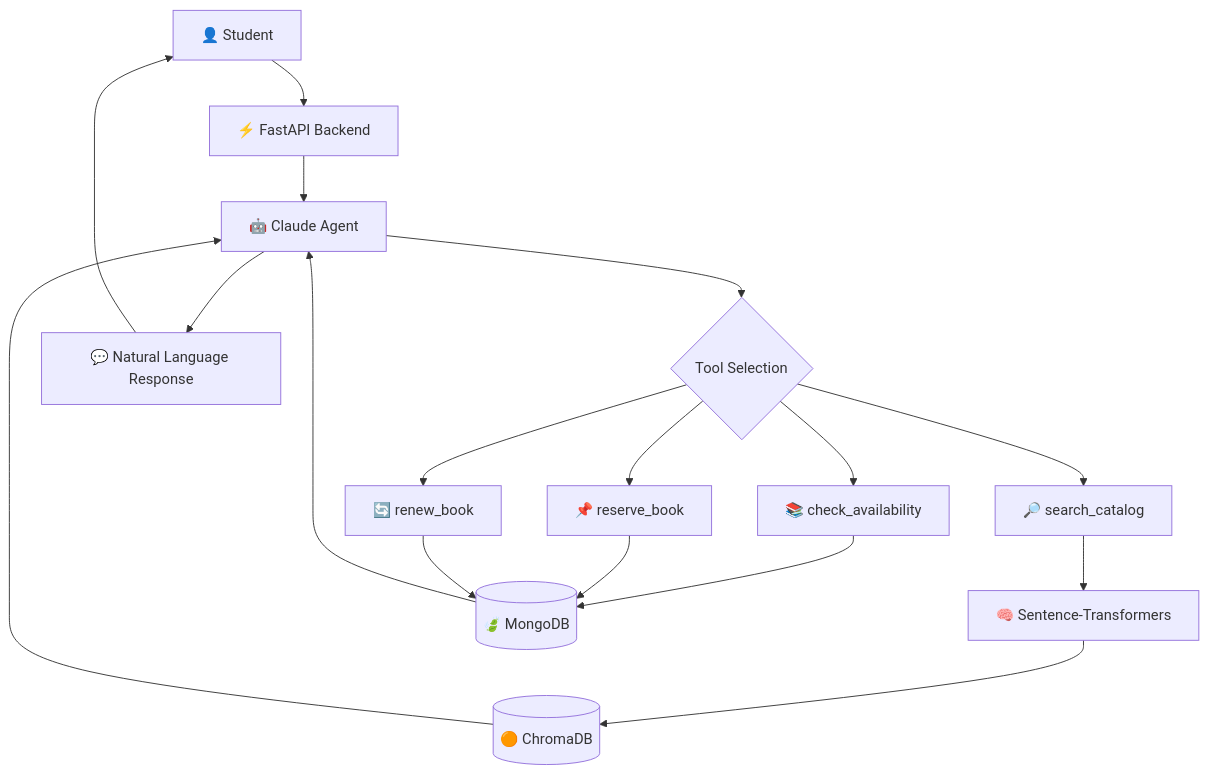
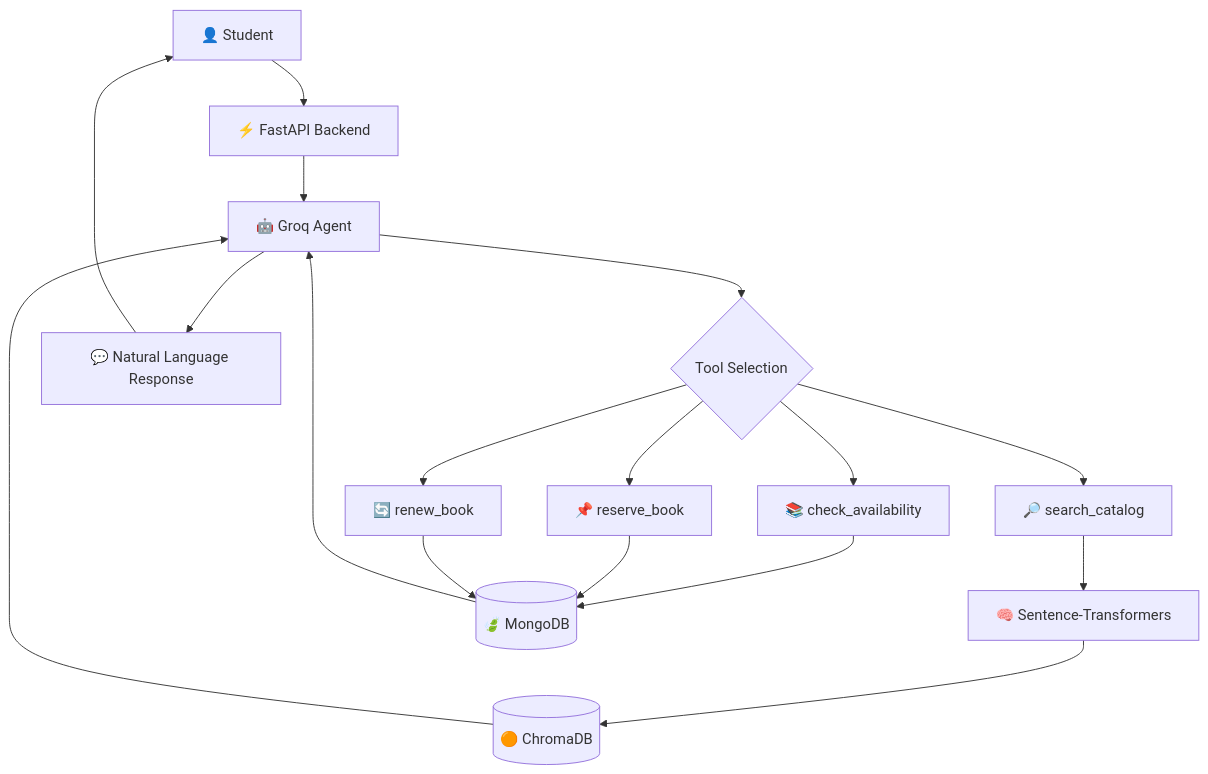
One commit to mandrita16/agentic-library-assistant changed the first of 2 diagrams in README.md. Above: the diagram before and after it, drawn with Mermaid. The commit also changed other lines of this file, not shown here.

````diff
--- a/README.md
+++ b/README.md
@@ -143,19 +143,19 @@
 ```mermaid
 flowchart TD
   U[👤 Student] --> API[⚡ FastAPI Backend]
-  API --> AGENT[🤖 Claude Agent]
+  API --> AGENT[🤖 Groq Agent]
   AGENT --> DECIDE{Tool Selection}
   DECIDE --> SEARCH[🔎 search_catalog]
   DECIDE --> AVAIL[📚 check_availability]
   DECIDE --> RESERVE[📌 reserve_book]
   DECIDE --> RENEW[🔄 renew_book]
   SEARCH --> EMBED[🧠 Sentence-Transformers]
   EMBED --> CHROMA[(🟠 ChromaDB)]
   AVAIL --> MONGO[(🍃 MongoDB)]
   RESERVE --> MONGO
   RENEW --> MONGO
   CHROMA --> AGENT
   MONGO --> AGENT
   AGENT --> RESPONSE[💬 Natural Language Response]
   RESPONSE --> U
 ```
````
